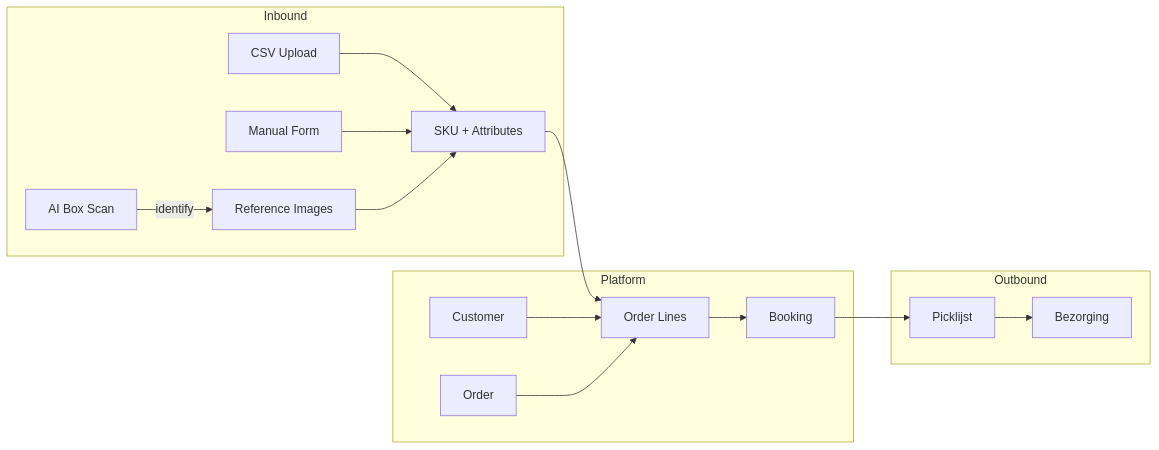
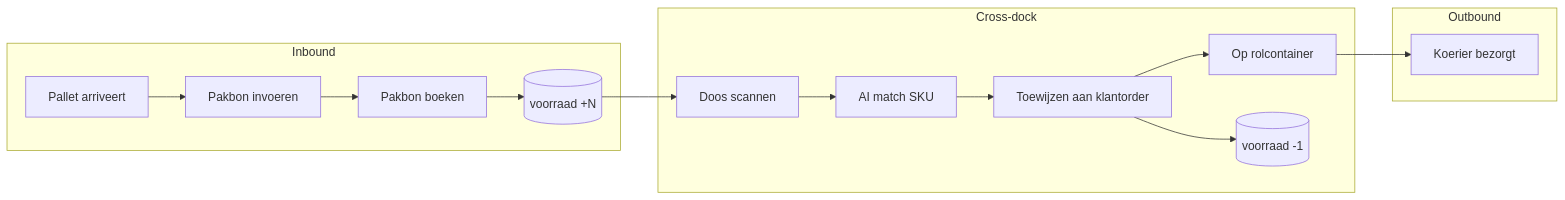
Before and after one commit to JWT20/inventory: the second of 2 diagrams in docs/erd.md, drawn with Mermaid. The commit also changed other lines of this file and 6 other files, not shown here.

First line of the commit message:
Add inventory module on top of sku_attributes refactoring

````diff
--- a/docs/erd.md
+++ b/docs/erd.md
@@ -111,22 +157,21 @@
 ```mermaid
 flowchart LR
     subgraph Inbound
-        CSV[CSV Upload] --> SKU
-        FORM[Manual Form] --> SKU
-        SCAN[AI Box Scan] --> |identify| REF[Reference Images]
+        A[Pallet arriveert] --> B[Pakbon invoeren]
+        B --> C[Pakbon boeken]
+        C --> D[(voorraad +N)]
     end
 
-    subgraph Platform
-        SKU[SKU + Attributes]
-        REF --> SKU
-        SKU --> OL[Order Lines]
-        CUST[Customer] --> OL
-        ORD[Order] --> OL
-        OL --> BOOK[Booking]
+    subgraph Cross-dock
+        E[Doos scannen] --> F[AI match SKU]
+        F --> G[Toewijzen aan klantorder]
+        G --> H[Op rolcontainer]
+        G --> I[(voorraad -1)]
     end
 
     subgraph Outbound
-        BOOK --> PICK[Picklijst]
-        PICK --> DELIV[Bezorging]
+        H --> J[Koerier bezorgt]
     end
+
+    D --> E
 ```
````
